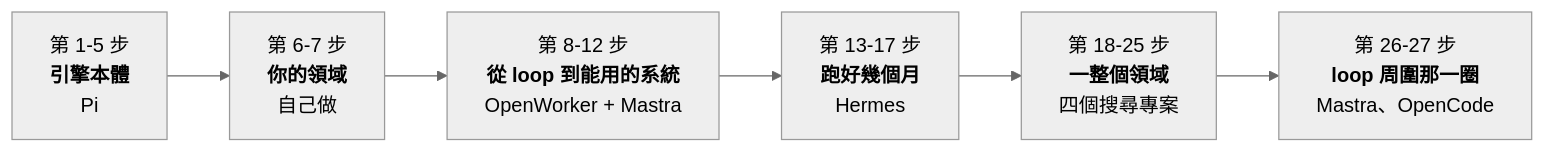
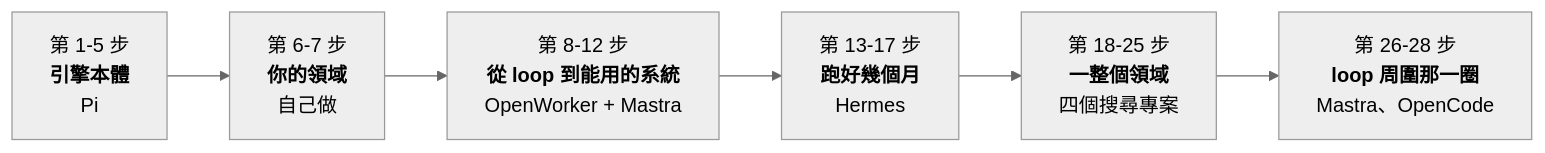
One commit to whereissam/learn-agent-engineering-from-production changed the second of 2 diagrams in README.zh-TW.md. Above: the diagram before and after it, drawn with Mermaid (neutral theme). The commit also changed other lines of this file and 2 other files, not shown here.

````diff
--- a/README.zh-TW.md
+++ b/README.zh-TW.md
@@ -67,8 +67,8 @@
 ```mermaid
 flowchart LR
     P1["第 1-5 步<br/><b>引擎本體</b><br/>Pi"] --> P2["第 6-7 步<br/><b>你的領域</b><br/>自己做"]
     P2 --> P3["第 8-12 步<br/><b>從 loop 到能用的系統</b><br/>OpenWorker + Mastra"]
     P3 --> P4["第 13-17 步<br/><b>跑好幾個月</b><br/>Hermes"]
     P4 --> P5["第 18-25 步<br/><b>一整個領域</b><br/>四個搜尋專案"]
-    P5 --> P6["第 26-27 步<br/><b>loop 周圍那一圈</b><br/>Mastra、OpenCode"]
+    P5 --> P6["第 26-28 步<br/><b>loop 周圍那一圈</b><br/>Mastra、OpenCode"]
 ```
````
